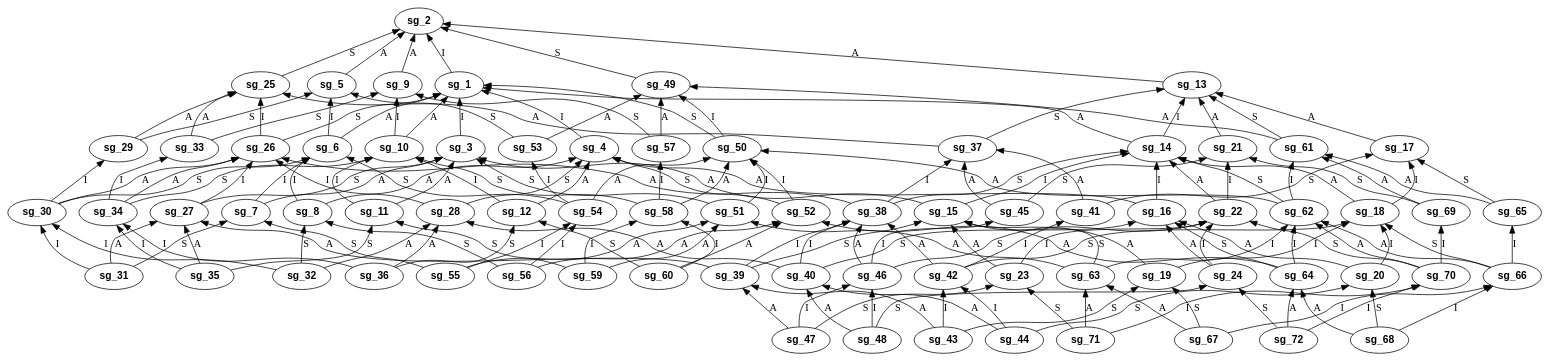
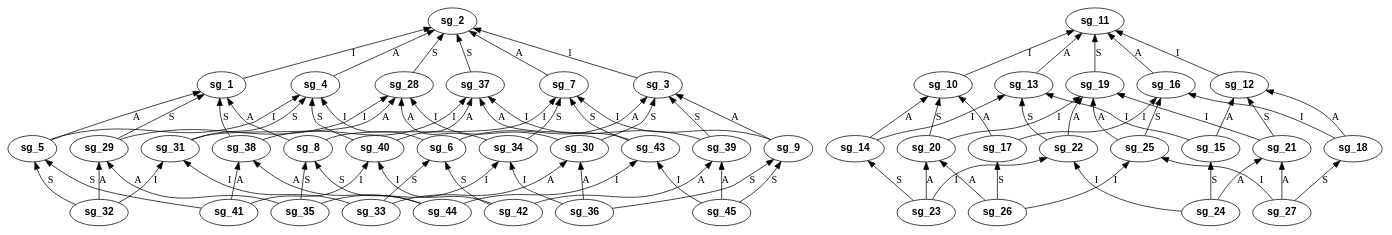
One commit to ltpangmao/Tool changed the diagram in TLSAF/graphviz/sec_goal_0.gv. Above: the diagram before and after it, drawn with Graphviz. The commit also changed 48 other files, not shown here.

```diff
--- a/TLSAF/graphviz/sec_goal_0.gv
+++ b/TLSAF/graphviz/sec_goal_0.gv
@@ -45,193 +45,91 @@
 sg_43[shape=ellipse, fontname="Helvetica-Bold"];
 sg_44[shape=ellipse, fontname="Helvetica-Bold"];
 sg_45[shape=ellipse, fontname="Helvetica-Bold"];
-sg_46[shape=ellipse, fontname="Helvetica-Bold"];
-sg_47[shape=ellipse, fontname="Helvetica-Bold"];
-sg_48[shape=ellipse, fontname="Helvetica-Bold"];
-sg_49[shape=ellipse, fontname="Helvetica-Bold"];
-sg_50[shape=ellipse, fontname="Helvetica-Bold"];
-sg_51[shape=ellipse, fontname="Helvetica-Bold"];
-sg_52[shape=ellipse, fontname="Helvetica-Bold"];
-sg_53[shape=ellipse, fontname="Helvetica-Bold"];
-sg_54[shape=ellipse, fontname="Helvetica-Bold"];
-sg_55[shape=ellipse, fontname="Helvetica-Bold"];
-sg_56[shape=ellipse, fontname="Helvetica-Bold"];
-sg_57[shape=ellipse, fontname="Helvetica-Bold"];
-sg_58[shape=ellipse, fontname="Helvetica-Bold"];
-sg_59[shape=ellipse, fontname="Helvetica-Bold"];
-sg_60[shape=ellipse, fontname="Helvetica-Bold"];
-sg_61[shape=ellipse, fontname="Helvetica-Bold"];
-sg_62[shape=ellipse, fontname="Helvetica-Bold"];
-sg_63[shape=ellipse, fontname="Helvetica-Bold"];
-sg_64[shape=ellipse, fontname="Helvetica-Bold"];
-sg_65[shape=ellipse, fontname="Helvetica-Bold"];
-sg_66[shape=ellipse, fontname="Helvetica-Bold"];
-sg_67[shape=ellipse, fontname="Helvetica-Bold"];
-sg_68[shape=ellipse, fontname="Helvetica-Bold"];
-sg_69[shape=ellipse, fontname="Helvetica-Bold"];
-sg_70[shape=ellipse, fontname="Helvetica-Bold"];
-sg_71[shape=ellipse, fontname="Helvetica-Bold"];
-sg_72[shape=ellipse, fontname="Helvetica-Bold"];
 sg_1 -> sg_2[label="I"];
-sg_3 -> sg_1[label="I"];
-sg_4 -> sg_1[label="I"];
-sg_5 -> sg_2[label="A"];
-sg_6 -> sg_1[label="A"];
-sg_6 -> sg_5[label="I"];
-sg_7 -> sg_3[label="A"];
-sg_7 -> sg_6[label="I"];
-sg_8 -> sg_4[label="A"];
-sg_8 -> sg_6[label="I"];
-sg_9 -> sg_2[label="A"];
-sg_10 -> sg_1[label="A"];
-sg_10 -> sg_9[label="I"];
-sg_11 -> sg_3[label="A"];
-sg_11 -> sg_10[label="I"];
-sg_12 -> sg_4[label="A"];
-sg_12 -> sg_10[label="I"];
-sg_13 -> sg_2[label="A"];
-sg_14 -> sg_1[label="A"];
+sg_3 -> sg_2[label="I"];
+sg_4 -> sg_2[label="A"];
+sg_5 -> sg_1[label="A"];
+sg_5 -> sg_4[label="I"];
+sg_6 -> sg_3[label="A"];
+sg_6 -> sg_4[label="I"];
+sg_7 -> sg_2[label="A"];
+sg_8 -> sg_1[label="A"];
+sg_8 -> sg_7[label="I"];
+sg_9 -> sg_3[label="A"];
+sg_9 -> sg_7[label="I"];
+sg_10 -> sg_11[label="I"];
+sg_12 -> sg_11[label="I"];
+sg_13 -> sg_11[label="A"];
+sg_14 -> sg_10[label="A"];
 sg_14 -> sg_13[label="I"];
-sg_15 -> sg_3[label="A"];
-sg_15 -> sg_14[label="I"];
-sg_16 -> sg_4[label="A"];
-sg_16 -> sg_14[label="I"];
-sg_17 -> sg_13[label="A"];
-sg_18 -> sg_14[label="A"];
-sg_18 -> sg_17[label="I"];
-sg_19 -> sg_15[label="A"];
-sg_19 -> sg_18[label="I"];
-sg_20 -> sg_16[label="A"];
-sg_20 -> sg_18[label="I"];
-sg_21 -> sg_13[label="A"];
-sg_22 -> sg_14[label="A"];
-sg_22 -> sg_21[label="I"];
-sg_23 -> sg_15[label="A"];
+sg_15 -> sg_12[label="A"];
+sg_15 -> sg_13[label="I"];
+sg_16 -> sg_11[label="A"];
+sg_17 -> sg_10[label="A"];
+sg_17 -> sg_16[label="I"];
+sg_18 -> sg_12[label="A"];
+sg_18 -> sg_16[label="I"];
+sg_19 -> sg_11[label="S"];
+sg_20 -> sg_10[label="S"];
+sg_20 -> sg_19[label="I"];
+sg_21 -> sg_12[label="S"];
+sg_21 -> sg_19[label="I"];
+sg_22 -> sg_13[label="S"];
+sg_22 -> sg_19[label="A"];
+sg_23 -> sg_14[label="S"];
+sg_23 -> sg_20[label="A"];
 sg_23 -> sg_22[label="I"];
-sg_24 -> sg_16[label="A"];
+sg_24 -> sg_15[label="S"];
+sg_24 -> sg_21[label="A"];
 sg_24 -> sg_22[label="I"];
-sg_25 -> sg_2[label="S"];
-sg_26 -> sg_1[label="S"];
+sg_25 -> sg_16[label="S"];
+sg_25 -> sg_19[label="A"];
+sg_26 -> sg_17[label="S"];
+sg_26 -> sg_20[label="A"];
 sg_26 -> sg_25[label="I"];
-sg_27 -> sg_3[label="S"];
-sg_27 -> sg_26[label="I"];
-sg_28 -> sg_4[label="S"];
-sg_28 -> sg_26[label="I"];
-sg_29 -> sg_5[label="S"];
-sg_29 -> sg_25[label="A"];
-sg_30 -> sg_6[label="S"];
-sg_30 -> sg_26[label="A"];
-sg_30 -> sg_29[label="I"];
-sg_31 -> sg_7[label="S"];
-sg_31 -> sg_27[label="A"];
-sg_31 -> sg_30[label="I"];
-sg_32 -> sg_8[label="S"];
-sg_32 -> sg_28[label="A"];
-sg_32 -> sg_30[label="I"];
-sg_33 -> sg_9[label="S"];
-sg_33 -> sg_25[label="A"];
-sg_34 -> sg_10[label="S"];
-sg_34 -> sg_26[label="A"];
-sg_34 -> sg_33[label="I"];
-sg_35 -> sg_11[label="S"];
-sg_35 -> sg_27[label="A"];
+sg_27 -> sg_18[label="S"];
+sg_27 -> sg_21[label="A"];
+sg_27 -> sg_25[label="I"];
+sg_28 -> sg_2[label="S"];
+sg_29 -> sg_1[label="S"];
+sg_29 -> sg_28[label="I"];
+sg_30 -> sg_3[label="S"];
+sg_30 -> sg_28[label="I"];
+sg_31 -> sg_4[label="S"];
+sg_31 -> sg_28[label="A"];
+sg_32 -> sg_5[label="S"];
+sg_32 -> sg_29[label="A"];
+sg_32 -> sg_31[label="I"];
+sg_33 -> sg_6[label="S"];
+sg_33 -> sg_30[label="A"];
+sg_33 -> sg_31[label="I"];
+sg_34 -> sg_7[label="S"];
+sg_34 -> sg_28[label="A"];
+sg_35 -> sg_8[label="S"];
+sg_35 -> sg_29[label="A"];
 sg_35 -> sg_34[label="I"];
-sg_36 -> sg_12[label="S"];
-sg_36 -> sg_28[label="A"];
+sg_36 -> sg_9[label="S"];
+sg_36 -> sg_30[label="A"];
 sg_36 -> sg_34[label="I"];
-sg_37 -> sg_13[label="S"];
-sg_37 -> sg_25[label="A"];
-sg_38 -> sg_14[label="S"];
-sg_38 -> sg_26[label="A"];
+sg_37 -> sg_2[label="S"];
+sg_38 -> sg_1[label="S"];
 sg_38 -> sg_37[label="I"];
-sg_39 -> sg_15[label="S"];
-sg_39 -> sg_27[label="A"];
-sg_39 -> sg_38[label="I"];
-sg_40 -> sg_16[label="S"];
-sg_40 -> sg_28[label="A"];
-sg_40 -> sg_38[label="I"];
-sg_41 -> sg_17[label="S"];
-sg_41 -> sg_37[label="A"];
-sg_42 -> sg_18[label="S"];
-sg_42 -> sg_38[label="A"];
-sg_42 -> sg_41[label="I"];
-sg_43 -> sg_19[label="S"];
-sg_43 -> sg_39[label="A"];
-sg_43 -> sg_42[label="I"];
-sg_44 -> sg_20[label="S"];
-sg_44 -> sg_40[label="A"];
-sg_44 -> sg_42[label="I"];
-sg_45 -> sg_21[label="S"];
-sg_45 -> sg_37[label="A"];
-sg_46 -> sg_22[label="S"];
-sg_46 -> sg_38[label="A"];
-sg_46 -> sg_45[label="I"];
-sg_47 -> sg_23[label="S"];
-sg_47 -> sg_39[label="A"];
-sg_47 -> sg_46[label="I"];
-sg_48 -> sg_24[label="S"];
-sg_48 -> sg_40[label="A"];
-sg_48 -> sg_46[label="I"];
-sg_49 -> sg_2[label="S"];
-sg_50 -> sg_1[label="S"];
-sg_50 -> sg_49[label="I"];
-sg_51 -> sg_3[label="S"];
-sg_51 -> sg_50[label="I"];
-sg_52 -> sg_4[label="S"];
-sg_52 -> sg_50[label="I"];
-sg_53 -> sg_5[label="S"];
-sg_53 -> sg_49[label="A"];
-sg_54 -> sg_6[label="S"];
-sg_54 -> sg_50[label="A"];
-sg_54 -> sg_53[label="I"];
-sg_55 -> sg_7[label="S"];
-sg_55 -> sg_51[label="A"];
-sg_55 -> sg_54[label="I"];
-sg_56 -> sg_8[label="S"];
-sg_56 -> sg_52[label="A"];
-sg_56 -> sg_54[label="I"];
-sg_57 -> sg_9[label="S"];
-sg_57 -> sg_49[label="A"];
-sg_58 -> sg_10[label="S"];
-sg_58 -> sg_50[label="A"];
-sg_58 -> sg_57[label="I"];
-sg_59 -> sg_11[label="S"];
-sg_59 -> sg_51[label="A"];
-sg_59 -> sg_58[label="I"];
-sg_60 -> sg_12[label="S"];
-sg_60 -> sg_52[label="A"];
-sg_60 -> sg_58[label="I"];
-sg_61 -> sg_13[label="S"];
-sg_61 -> sg_49[label="A"];
-sg_62 -> sg_14[label="S"];
-sg_62 -> sg_50[label="A"];
-sg_62 -> sg_61[label="I"];
-sg_63 -> sg_15[label="S"];
-sg_63 -> sg_51[label="A"];
-sg_63 -> sg_62[label="I"];
-sg_64 -> sg_16[label="S"];
-sg_64 -> sg_52[label="A"];
-sg_64 -> sg_62[label="I"];
-sg_65 -> sg_17[label="S"];
-sg_65 -> sg_61[label="A"];
-sg_66 -> sg_18[label="S"];
-sg_66 -> sg_62[label="A"];
-sg_66 -> sg_65[label="I"];
-sg_67 -> sg_19[label="S"];
-sg_67 -> sg_63[label="A"];
-sg_67 -> sg_66[label="I"];
-sg_68 -> sg_20[label="S"];
-sg_68 -> sg_64[label="A"];
-sg_68 -> sg_66[label="I"];
-sg_69 -> sg_21[label="S"];
-sg_69 -> sg_61[label="A"];
-sg_70 -> sg_22[label="S"];
-sg_70 -> sg_62[label="A"];
-sg_70 -> sg_69[label="I"];
-sg_71 -> sg_23[label="S"];
-sg_71 -> sg_63[label="A"];
-sg_71 -> sg_70[label="I"];
-sg_72 -> sg_24[label="S"];
-sg_72 -> sg_64[label="A"];
-sg_72 -> sg_70[label="I"];
+sg_39 -> sg_3[label="S"];
+sg_39 -> sg_37[label="I"];
+sg_40 -> sg_4[label="S"];
+sg_40 -> sg_37[label="A"];
+sg_41 -> sg_5[label="S"];
+sg_41 -> sg_38[label="A"];
+sg_41 -> sg_40[label="I"];
+sg_42 -> sg_6[label="S"];
+sg_42 -> sg_39[label="A"];
+sg_42 -> sg_40[label="I"];
+sg_43 -> sg_7[label="S"];
+sg_43 -> sg_37[label="A"];
+sg_44 -> sg_8[label="S"];
+sg_44 -> sg_38[label="A"];
+sg_44 -> sg_43[label="I"];
+sg_45 -> sg_9[label="S"];
+sg_45 -> sg_39[label="A"];
+sg_45 -> sg_43[label="I"];
 }
```
